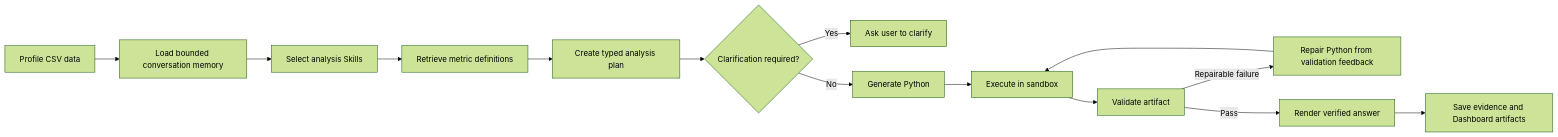
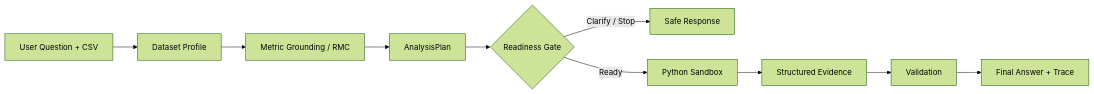
The diagram in README.md (sageeesy/Datasays), drawn with Mermaid (forest theme) before and after one commit. The commit also changed other lines of this file and 3 other files, not shown here.

````diff
--- a/README.md
+++ b/README.md
@@ -23,16 +32,12 @@
 ```mermaid
 flowchart LR
-    A["Profile CSV data"] --> M["Load bounded conversation memory"]
-    M --> B["Select analysis Skills"]
-    B --> C["Retrieve metric definitions"]
-    C --> D["Create typed analysis plan"]
-    D --> E{"Clarification required?"}
-    E -- "Yes" --> F["Ask user to clarify"]
-    E -- "No" --> G["Generate Python"]
-    G --> H["Execute in sandbox"]
-    H --> I["Validate artifact"]
-    I -- "Repairable failure" --> R["Repair Python from validation feedback"]
-    R --> H
-    I -- "Pass" --> J["Render verified answer"]
-    J --> K["Save evidence and Dashboard artifacts"]
+    A["User Question + CSV"] --> B["Dataset Profile"]
+    B --> C["Metric Grounding / RMC"]
+    C --> D["AnalysisPlan"]
+    D --> E{"Readiness Gate"}
+    E -- "Clarify / Stop" --> F["Safe Response"]
+    E -- "Ready" --> G["Python Sandbox"]
+    G --> H["Structured Evidence"]
+    H --> I["Validation"]
+    I --> J["Final Answer + Trace"]
 ```
````
